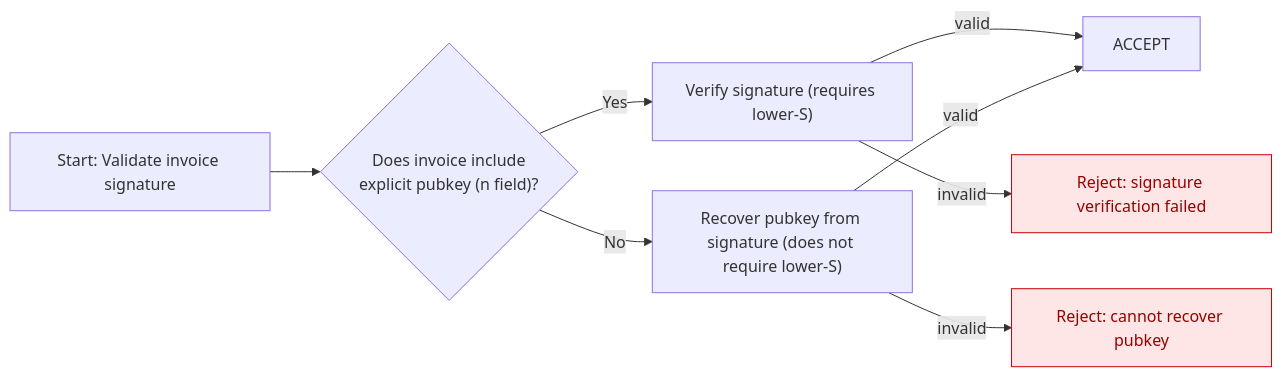
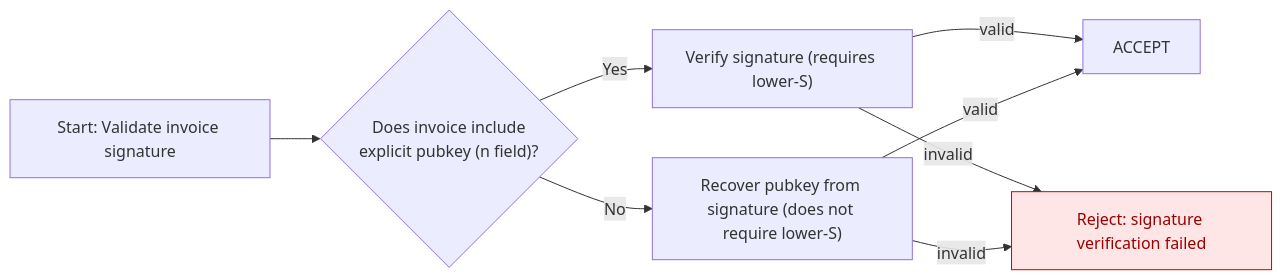
One commit to erickcestari/differential-fuzzing-slides-btcplusplus changed the tenth of 10 diagrams in slides.md. Above: the diagram before and after it, drawn with Mermaid. The commit also changed other lines of this file and 1 other file, not shown here.

````diff
--- a/slides.md
+++ b/slides.md
@@ -844,14 +842,14 @@
 ```mermaid
 flowchart LR
     A[Start: Validate invoice signature] --> B{"Does invoice include<br/>explicit pubkey (n field)"?}
 
     B -- Yes --> E["Verify signature (requires lower-S)"]
     E -->|valid| Z[ACCEPT]
     E -->|invalid| X2[Reject: signature verification failed]:::reject
 
     B -- No --> G["Recover pubkey from signature (does not require lower-S)"]
-    G -- invalid --> X3[Reject: cannot recover pubkey]:::reject
+    G -->|invalid| X2[Reject: signature verification failed]:::reject
     G -->|valid| Z[ACCEPT]
 
     classDef reject fill:#ffe6e6,stroke:#cc0000,color:#990000;
 ```
````
